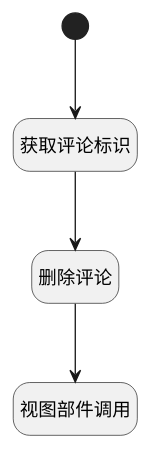
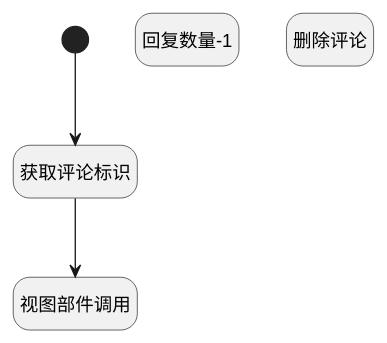
One commit to iBizLab/plm changed the diagram in doc/docsify/module/Team/discuss_post/uilogic/del_comment.md. Above: the diagram before and after it, drawn with PlantUML. The commit also changed other lines of this file and 1276 other files, not shown here.

````diff
--- a/doc/docsify/module/Team/discuss_post/uilogic/del_comment.md
+++ b/doc/docsify/module/Team/discuss_post/uilogic/del_comment.md
@@ -7,23 +7,23 @@
 ```plantuml
 @startuml
 hide footbox
 <style>
 root {
   HyperlinkColor #42b983
 }
 </style>
 
 hide empty description
 state "开始" as Begin <<start>> [[$./del_comment#begin {开始}]]
 state "视图部件调用" as VIEWCTRLINVOKE1  [[$./del_comment#viewctrlinvoke1 {视图部件调用}]]
+state "回复数量-1" as RAWJSCODE1  [[$./del_comment#rawjscode1 {回复数量-1}]]
 state "删除评论" as DEACTION1  [[$./del_comment#deaction1 {删除评论}]]
 state "获取评论标识" as PREPAREJSPARAM1  [[$./del_comment#preparejsparam1 {获取评论标识}]]
 
 
 Begin --> PREPAREJSPARAM1
-PREPAREJSPARAM1 --> DEACTION1
-DEACTION1 --> VIEWCTRLINVOKE1
+PREPAREJSPARAM1 --> VIEWCTRLINVOKE1
 
 
 @enduml
 ```
````
